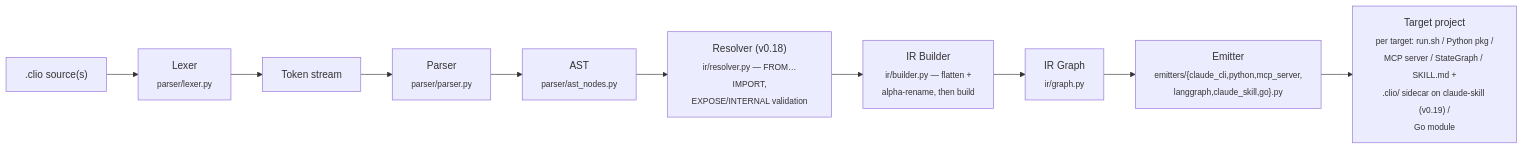
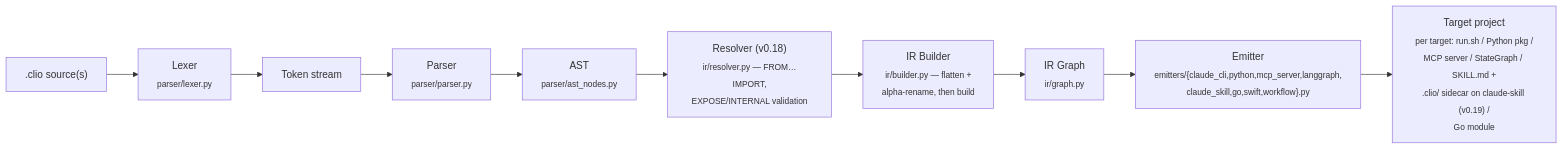
The diagram in docs/ARCHITECTURE.md (Sandjab/clio), drawn with Mermaid before and after one commit. The commit also changed 28 other files, not shown here.

First line of the commit message:
feat(workflow): claude-workflow compilation target — .clio → Claude Code Workflow script (#109)

````diff
--- a/docs/ARCHITECTURE.md
+++ b/docs/ARCHITECTURE.md
@@ -5,12 +5,12 @@
 ```mermaid
 flowchart LR
     src[".clio source(s)"] --> lex["Lexer<br/><sub>parser/lexer.py</sub>"]
     lex --> tok["Token stream"]
     tok --> psr["Parser<br/><sub>parser/parser.py</sub>"]
     psr --> ast["AST<br/><sub>parser/ast_nodes.py</sub>"]
     ast --> rsv["Resolver (v0.18)<br/><sub>ir/resolver.py — FROM…IMPORT,<br/>EXPOSE/INTERNAL validation</sub>"]
     rsv --> bld["IR Builder<br/><sub>ir/builder.py — flatten +<br/>alpha-rename, then build</sub>"]
     bld --> ir["IR Graph<br/><sub>ir/graph.py</sub>"]
-    ir --> emt["Emitter<br/><sub>emitters/{claude_cli,python,mcp_server,<br/>langgraph,claude_skill,go}.py</sub>"]
+    ir --> emt["Emitter<br/><sub>emitters/{claude_cli,python,mcp_server,langgraph,<br/>claude_skill,go,swift,workflow}.py</sub>"]
     emt --> out["Target project<br/><sub>per target: run.sh / Python pkg /<br/>MCP server / StateGraph / SKILL.md +<br/>.clio/ sidecar on claude-skill (v0.19) /<br/>Go module</sub>"]
 ```
````
